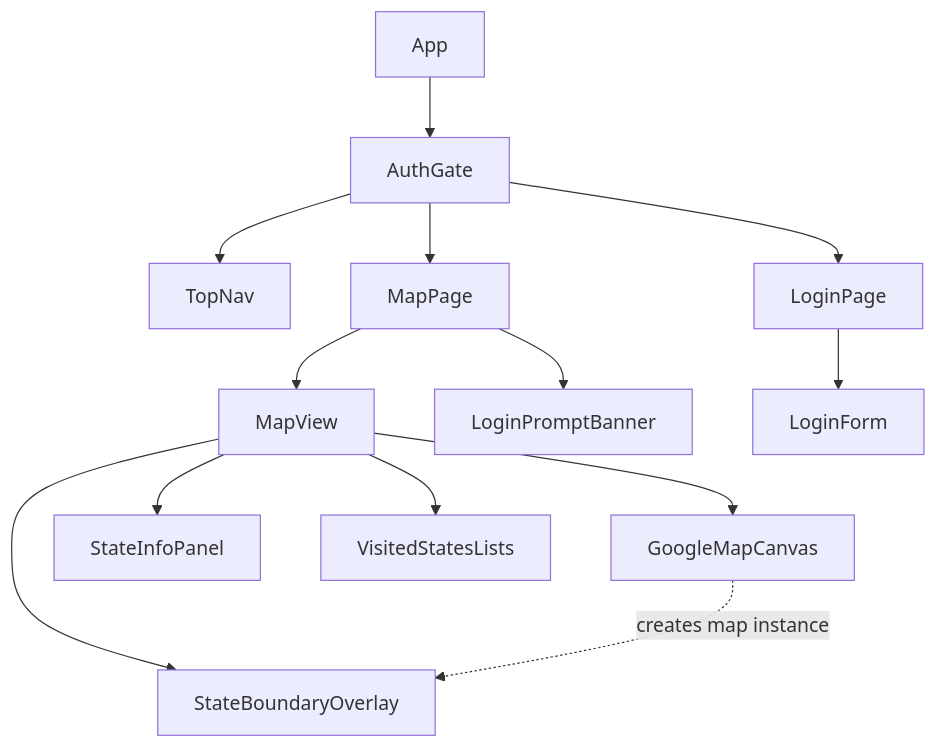
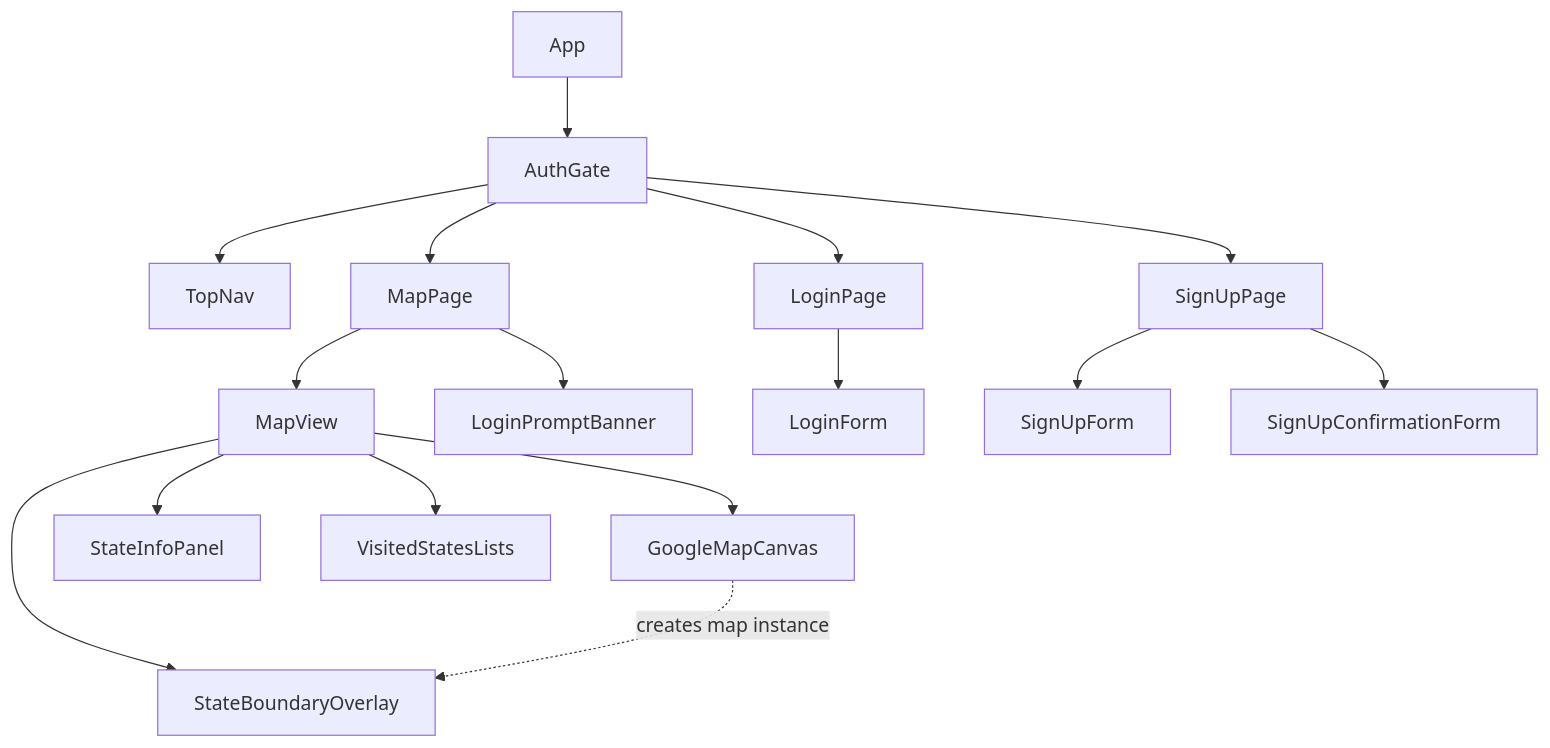
The first of 4 diagrams in .kiro/specs/state-visit-tracker/design.md (brentsowers1/coordinatecommons), drawn with Mermaid before and after one commit. The commit also changed other lines of this file and 13 other files, not shown here.

Commit message:
Added a sign up page

````diff
--- a/.kiro/specs/state-visit-tracker/design.md
+++ b/.kiro/specs/state-visit-tracker/design.md
@@ -27,15 +27,18 @@
 ```mermaid
 graph TD
     App --> AuthGate
     AuthGate --> TopNav
     AuthGate --> MapPage
     AuthGate --> LoginPage
+    AuthGate --> SignUpPage
     MapPage --> MapView
     MapPage --> LoginPromptBanner
     MapView --> GoogleMapCanvas
     MapView --> StateBoundaryOverlay
     MapView --> StateInfoPanel
     MapView --> VisitedStatesLists
     GoogleMapCanvas -. "creates map instance" .-> StateBoundaryOverlay
     LoginPage --> LoginForm
+    SignUpPage --> SignUpForm
+    SignUpPage --> SignUpConfirmationForm
 ```
````
